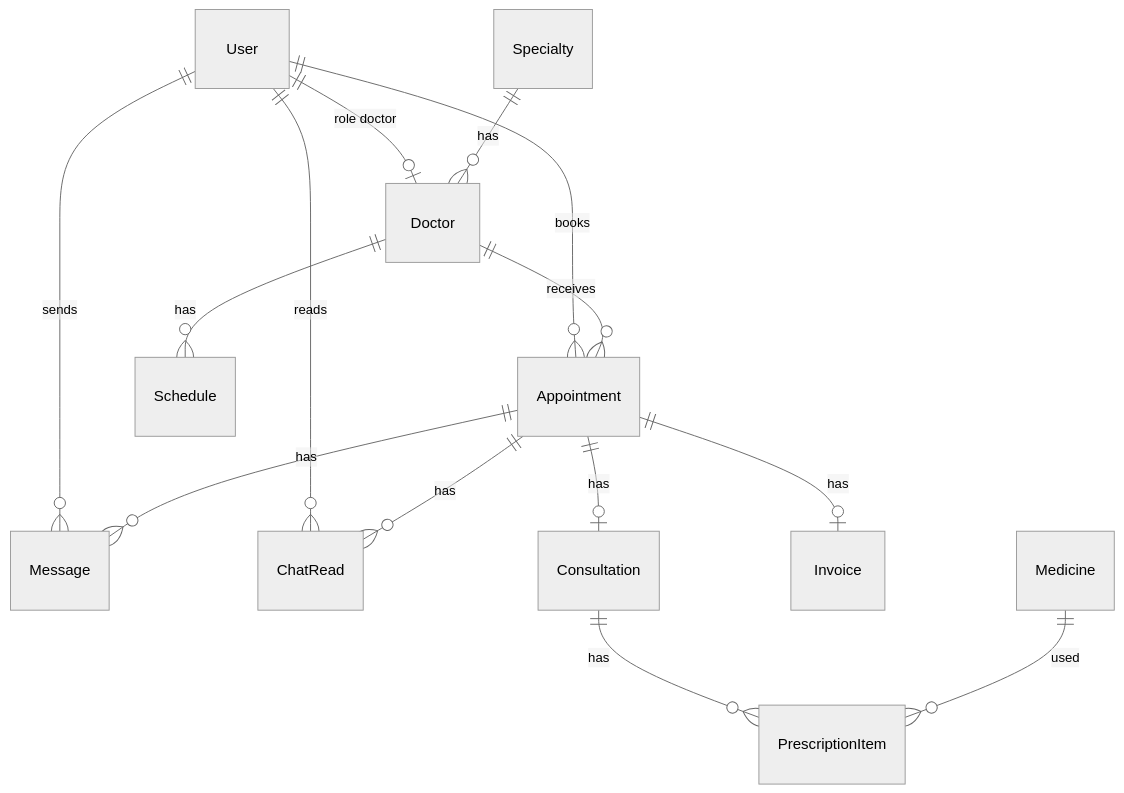
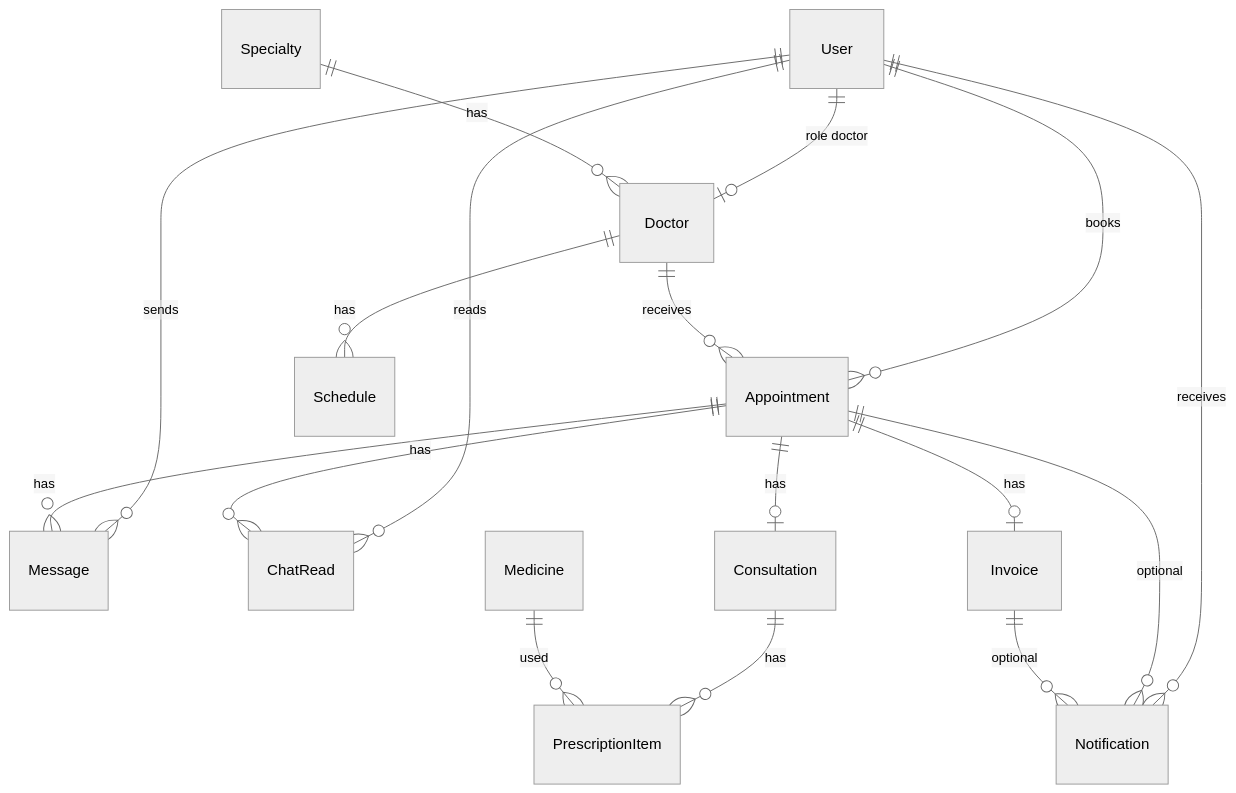
Before and after one commit to MediFlow-Project/MediFlow: the second of 2 diagrams in PRD.md, drawn with Mermaid (neutral theme). The commit also changed other lines of this file and 143 other files, not shown here.

````diff
--- a/PRD.md
+++ b/PRD.md
@@ -548,16 +577,19 @@
 ```mermaid
 erDiagram
   User ||--o| Doctor : "role doctor"
   User ||--o{ Appointment : books
   User ||--o{ Message : sends
   User ||--o{ ChatRead : reads
+  User ||--o{ Notification : receives
   Specialty ||--o{ Doctor : has
   Doctor ||--o{ Schedule : has
   Doctor ||--o{ Appointment : receives
   Appointment ||--o| Consultation : has
   Appointment ||--o| Invoice : has
   Appointment ||--o{ Message : has
   Appointment ||--o{ ChatRead : has
+  Appointment ||--o{ Notification : "optional"
+  Invoice ||--o{ Notification : "optional"
   Consultation ||--o{ PrescriptionItem : has
   Medicine ||--o{ PrescriptionItem : used
 ```
````
